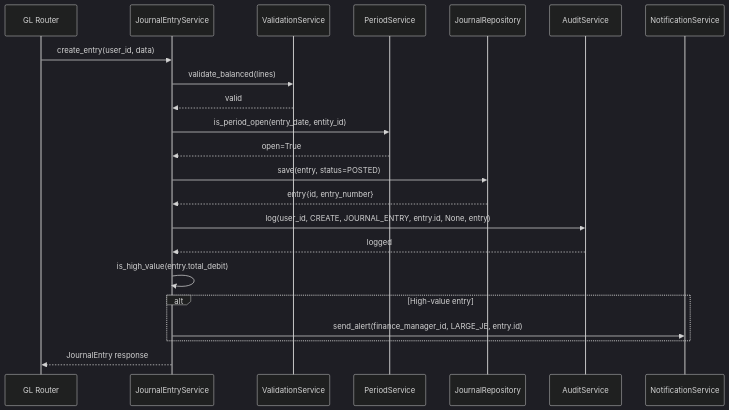
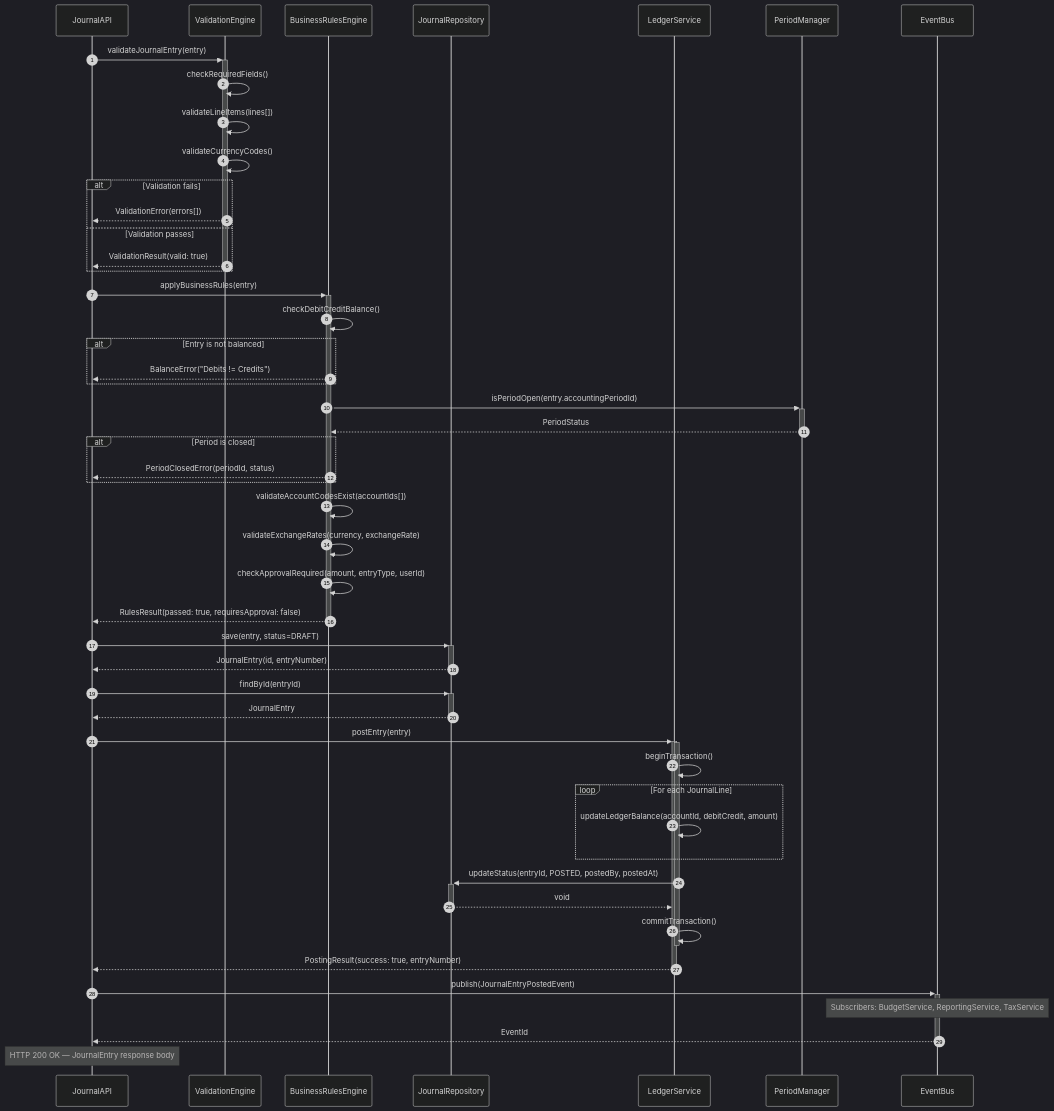
One commit to 0Ankit0/Project-Ideas changed the first of 5 diagrams in Finance-Management/detailed-design/sequence-diagrams.md. Above: the diagram before and after it, drawn with Mermaid (dark theme). The commit also changed other lines of this file and 17 other files, not shown here.

````diff
--- a/Finance-Management/detailed-design/sequence-diagrams.md
+++ b/Finance-Management/detailed-design/sequence-diagrams.md
@@ -10,32 +13,68 @@
 ```mermaid
 sequenceDiagram
-    participant Router as GL Router
-    participant JES as JournalEntryService
-    participant VS as ValidationService
-    participant PS as PeriodService
-    participant JRepo as JournalRepository
-    participant AuditSvc as AuditService
-    participant NotifySvc as NotificationService
+    autonumber
+    participant API as JournalAPI
+    participant VAL as ValidationEngine
+    participant BRE as BusinessRulesEngine
+    participant REPO as JournalRepository
+    participant LEDGER as LedgerService
+    participant PERIOD as PeriodManager
+    participant EVT as EventBus
 
-    Router->>JES: create_entry(user_id, data)
+    API->>+VAL: validateJournalEntry(entry)
+    VAL->>VAL: checkRequiredFields()
+    VAL->>VAL: validateLineItems(lines[])
+    VAL->>VAL: validateCurrencyCodes()
 
-    JES->>VS: validate_balanced(lines)
-    VS-->>JES: valid
-
-    JES->>PS: is_period_open(entry_date, entity_id)
-    PS-->>JES: open=True
-
-    JES->>JRepo: save(entry, status=POSTED)
-    JRepo-->>JES: entry{id, entry_number}
-
-    JES->>AuditSvc: log(user_id, CREATE, JOURNAL_ENTRY, entry.id, None, entry)
-    AuditSvc-->>JES: logged
-
-    JES->>JES: is_high_value(entry.total_debit)
-
-    alt High-value entry
-        JES->>NotifySvc: send_alert(finance_manager_id, LARGE_JE, entry.id)
+    alt Validation fails
+        VAL-->>API: ValidationError(errors[])
+    else Validation passes
+        VAL-->>-API: ValidationResult(valid: true)
     end
 
-    JES-->>Router: JournalEntry response
+    API->>+BRE: applyBusinessRules(entry)
+    BRE->>BRE: checkDebitCreditBalance()
+
+    alt Entry is not balanced
+        BRE-->>API: BalanceError("Debits != Credits")
+    end
+
+    BRE->>+PERIOD: isPeriodOpen(entry.accountingPeriodId)
+    PERIOD-->>-BRE: PeriodStatus
+
+    alt Period is closed
+        BRE-->>API: PeriodClosedError(periodId, status)
+    end
+
+    BRE->>BRE: validateAccountCodesExist(accountIds[])
+    BRE->>BRE: validateExchangeRates(currency, exchangeRate)
+    BRE->>BRE: checkApprovalRequired(amount, entryType, userId)
+    BRE-->>-API: RulesResult(passed: true, requiresApproval: false)
+
+    API->>+REPO: save(entry, status=DRAFT)
+    REPO-->>-API: JournalEntry(id, entryNumber)
+
+    API->>+REPO: findById(entryId)
+    REPO-->>-API: JournalEntry
+
+    API->>+LEDGER: postEntry(entry)
+    activate LEDGER
+    LEDGER->>LEDGER: beginTransaction()
+
+    loop For each JournalLine
+        LEDGER->>LEDGER: updateLedgerBalance(accountId, debitCredit, amount)
+    end
+
+    LEDGER->>+REPO: updateStatus(entryId, POSTED, postedBy, postedAt)
+    REPO-->>-LEDGER: void
+
+    LEDGER->>LEDGER: commitTransaction()
+    deactivate LEDGER
+    LEDGER-->>-API: PostingResult(success: true, entryNumber)
+
+    API->>+EVT: publish(JournalEntryPostedEvent)
+    Note over EVT: Subscribers: BudgetService, ReportingService, TaxService
+    EVT-->>-API: EventId
+
+    Note over API: HTTP 200 OK — JournalEntry response body
 ```
````
